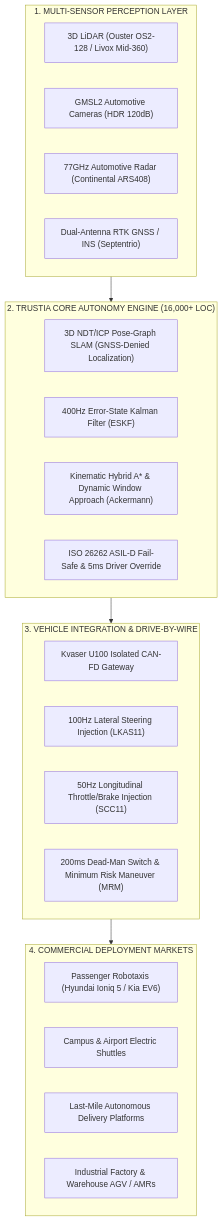
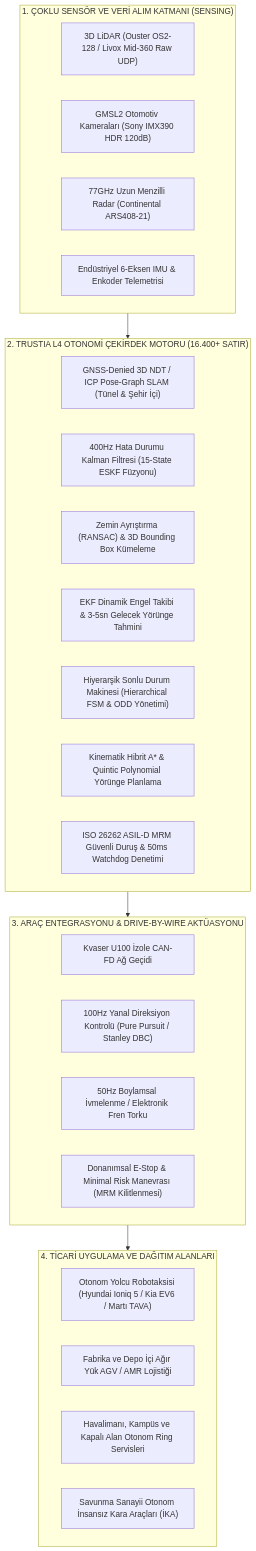
Before and after one commit to Trustia/Trustia: the diagram in README.md, drawn with Mermaid. The commit also changed other lines of this file, not shown here.

Commit message:
docs: Seviye-4 Otonom Yazilim Cekirdegi kurumsal Turkce README.md v2.4 guncellemesi

````diff
--- a/README.md
+++ b/README.md
@@ -58,34 +43,37 @@
 ```mermaid
 flowchart TD
-    subgraph Sensors ["1. MULTI-SENSOR PERCEPTION LAYER"]
-        LIDAR["3D LiDAR (Ouster OS2-128 / Livox Mid-360)"]
-        CAM["GMSL2 Automotive Cameras (HDR 120dB)"]
-        RADAR["77GHz Automotive Radar (Continental ARS408)"]
-        IMU["Dual-Antenna RTK GNSS / INS (Septentrio)"]
+    subgraph Katman1 ["1. ÇOKLU SENSÖR VE VERİ ALIM KATMANI (SENSING)"]
+        LIDAR["3D LiDAR (Ouster OS2-128 / Livox Mid-360 Raw UDP)"]
+        CAM["GMSL2 Otomotiv Kameraları (Sony IMX390 HDR 120dB)"]
+        RADAR["77GHz Uzun Menzilli Radar (Continental ARS408-21)"]
+        IMU["Endüstriyel 6-Eksen IMU & Enkoder Telemetrisi"]
     end
 
-    subgraph Core ["2. TRUSTIA CORE AUTONOMY ENGINE (16,000+ LOC)"]
-        SLAM["3D NDT/ICP Pose-Graph SLAM (GNSS-Denied Localization)"]
-        FUSION["400Hz Error-State Kalman Filter (ESKF)"]
-        PLAN["Kinematic Hybrid A* & Dynamic Window Approach (Ackermann)"]
-        SAFETY["ISO 26262 ASIL-D Fail-Safe & 5ms Driver Override"]
+    subgraph Katman2 ["2. TRUSTIA L4 OTONOMİ ÇEKİRDEK MOTORU (16.400+ SATIR)"]
+        SLAM["GNSS-Denied 3D NDT / ICP Pose-Graph SLAM (Tünel & Şehir İçi)"]
+        ESKF["400Hz Hata Durumu Kalman Filtresi (15-State ESKF Füzyonu)"]
+        PERCEPT["Zemin Ayrıştırma (RANSAC) & 3D Bounding Box Kümeleme"]
+        PREDICT["EKF Dinamik Engel Takibi & 3-5sn Gelecek Yörünge Tahmini"]
+        FSM["Hiyerarşik Sonlu Durum Makinesi (Hierarchical FSM & ODD Yönetimi)"]
+        PLAN["Kinematik Hibrit A* & Quintic Polynomial Yörünge Planlama"]
+        SAFETY["ISO 26262 ASIL-D MRM Güvenli Duruş & 50ms Watchdog Denetimi"]
     end
 
-    subgraph Actuation ["3. VEHICLE INTEGRATION & DRIVE-BY-WIRE"]
-        DBW["Kvaser U100 Isolated CAN-FD Gateway"]
-        STEER["100Hz Lateral Steering Injection (LKAS11)"]
-        SPEED["50Hz Longitudinal Throttle/Brake Injection (SCC11)"]
-        WATCH["200ms Dead-Man Switch & Minimum Risk Maneuver (MRM)"]
+    subgraph Katman3 ["3. ARAÇ ENTEGRASYONU & DRIVE-BY-WIRE AKTÜASYONU"]
+        CAN["Kvaser U100 İzole CAN-FD Ağ Geçidi"]
+        STEER["100Hz Yanal Direksiyon Kontrolü (Pure Pursuit / Stanley DBC)"]
+        SPEED["50Hz Boylamsal İvmelenme / Elektronik Fren Torku"]
+        WATCH["Donanımsal E-Stop & Minimal Risk Manevrası (MRM Kilitlenmesi)"]
     end
 
-    subgraph Commercial ["4. COMMERCIAL DEPLOYMENT MARKETS"]
-        ROBOTAXI["Passenger Robotaxis (Hyundai Ioniq 5 / Kia EV6)"]
-        SHUTTLE["Campus & Airport Electric Shuttles"]
-        DELIVERY["Last-Mile Autonomous Delivery Platforms"]
-        INTRALOGISTICS["Industrial Factory & Warehouse AGV / AMRs"]
+    subgraph Katman4 ["4. TİCARİ UYGULAMA VE DAĞITIM ALANLARI"]
+        ROBOTAXI["Otonom Yolcu Robotaksisi (Hyundai Ioniq 5 / Kia EV6 / Martı TAVA)"]
+        INTRALOGISTICS["Fabrika ve Depo İçi Ağır Yük AGV / AMR Lojistiği"]
+        SHUTTLE["Havalimanı, Kampüs ve Kapalı Alan Otonom Ring Servisleri"]
+        DEFENSE["Savunma Sanayii Otonom İnsansız Kara Araçları (İKA)"]
     end
 
-    Sensors --> Core
-    Core --> Actuation
-    Actuation --> Commercial
+    Katman1 --> Katman2
+    Katman2 --> Katman3
+    Katman3 --> Katman4
 ```
````
